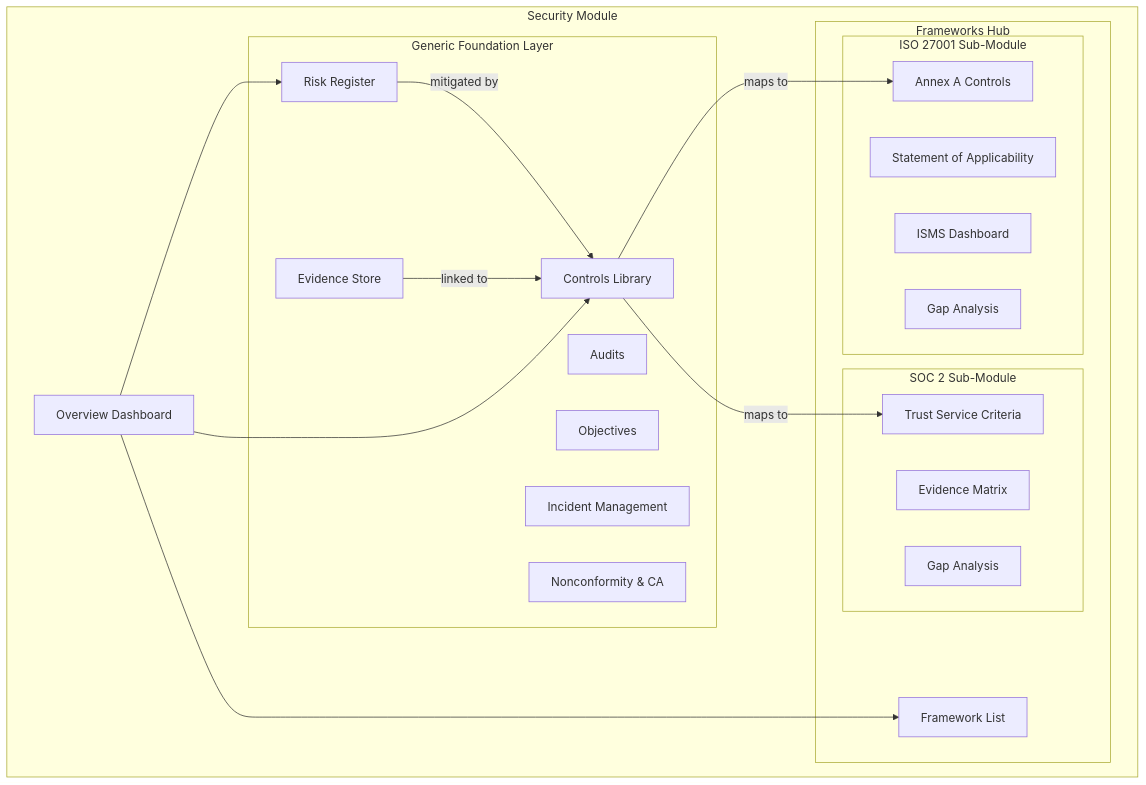
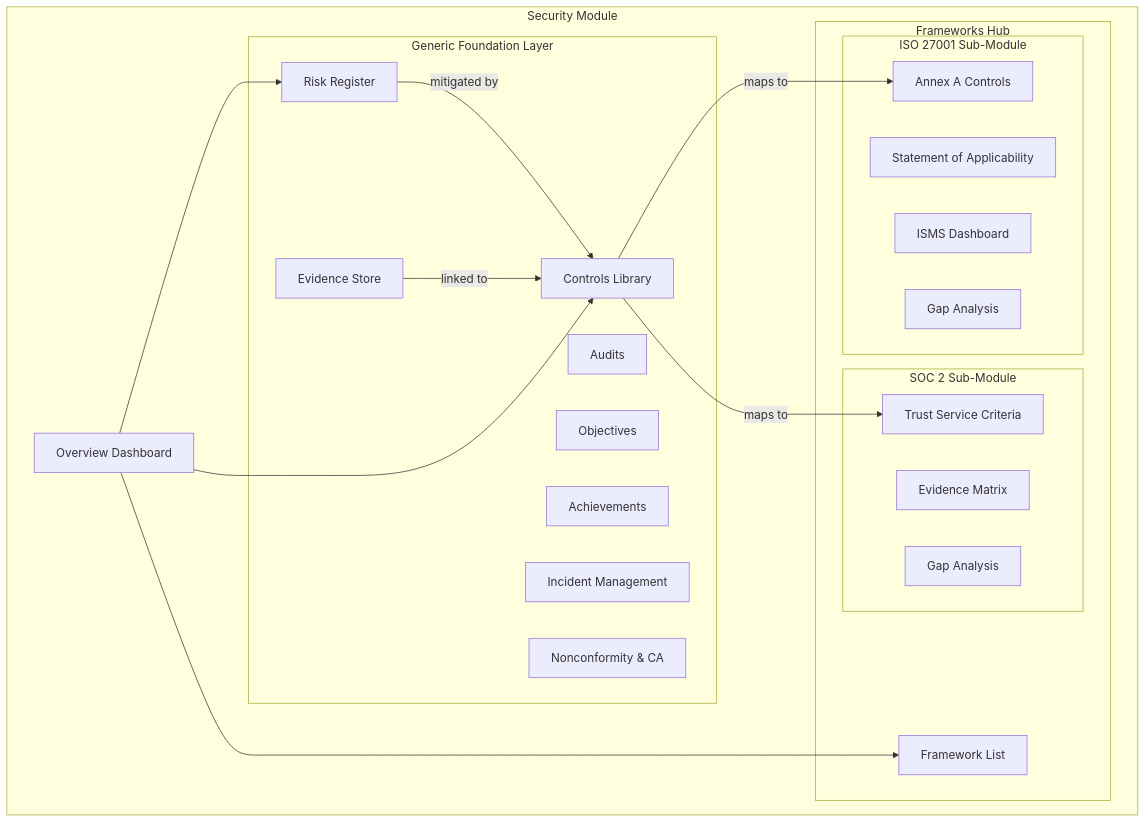
One commit to stellarsoft-tech/IdaraOS changed the first of 12 diagrams in docs/modules/security/architecture.md. Above: the diagram before and after it, drawn with Mermaid. The commit also changed other lines of this file and 18 other files, not shown here.

````diff
--- a/docs/modules/security/architecture.md
+++ b/docs/modules/security/architecture.md
@@ -17,42 +17,43 @@
 ```mermaid
 graph TB
     subgraph SecurityModule [Security Module]
         Overview[Overview Dashboard]
         
         subgraph GenericFoundation [Generic Foundation Layer]
             Risks[Risk Register]
             Controls[Controls Library]
             Evidence[Evidence Store]
             Audits[Audits]
             Objectives[Objectives]
+            Achievements[Achievements]
             Incidents[Incident Management]
             Nonconformities[Nonconformity & CA]
         end
         
         subgraph FrameworksHub [Frameworks Hub]
             FrameworkList[Framework List]
             
             subgraph ISO27001 [ISO 27001 Sub-Module]
                 ISO_SoA[Statement of Applicability]
                 ISO_Controls[Annex A Controls]
                 ISO_ISMS[ISMS Dashboard]
                 ISO_Gaps[Gap Analysis]
             end
             
             subgraph SOC2 [SOC 2 Sub-Module]
                 SOC_TSC[Trust Service Criteria]
                 SOC_Evidence[Evidence Matrix]
                 SOC_Gaps[Gap Analysis]
             end
         end
     end
     
     Overview --> Risks
     Overview --> Controls
     Overview --> FrameworkList
     
     Controls -->|maps to| ISO_Controls
     Controls -->|maps to| SOC_TSC
     Evidence -->|linked to| Controls
     Risks -->|mitigated by| Controls
 ```
````
